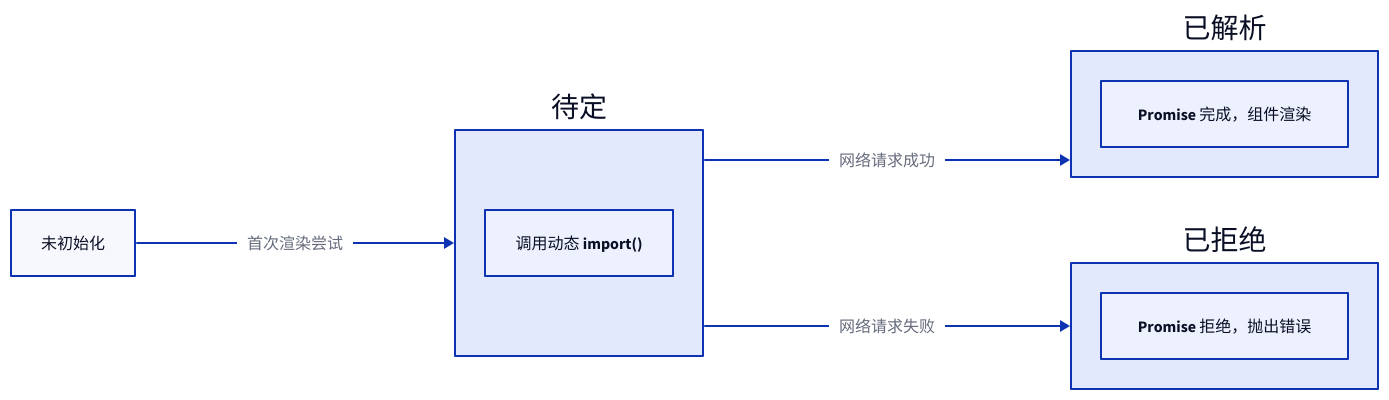
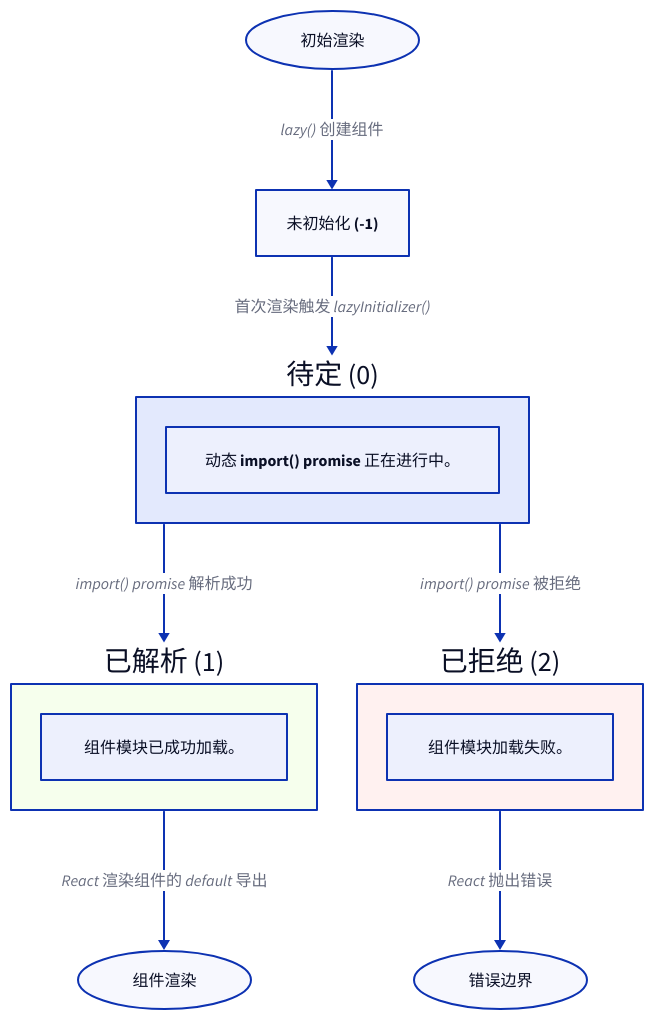
The diagram in packages/react/.aigne/doc-smith/docs/advanced-code-splitting.zh.md (lban2049/react), drawn with D2 before and after one commit. The commit also changed other lines of this file and 46 other files, not shown here.

````diff
--- a/packages/react/.aigne/doc-smith/docs/advanced-code-splitting.zh.md
+++ b/packages/react/.aigne/doc-smith/docs/advanced-code-splitting.zh.md
@@ -30,23 +47,48 @@
 ```d2
-direction: right
+direction: down
 
-Uninitialized: {
-  label: "未初始化"
-}
-Pending: {
-  label: "待定"
-  "调用动态 import()"
-}
-Resolved: {
-  label: "已解析"
-  "Promise 完成，组件渲染"
-}
-Rejected: {
-  label: "已拒绝"
-  "Promise 拒绝，抛出错误"
+"初始渲染": {
+  shape: oval
 }
 
-Uninitialized -> Pending: "首次渲染尝试"
-Pending -> Resolved: "网络请求成功"
-Pending -> Rejected: "网络请求失败"
+"未初始化": {
+  shape: rectangle
+  label: "未初始化 (-1)"
+}
+
+"待定": {
+  shape: rectangle
+  label: "待定 (0)"
+  "动态 import() promise 正在进行中。"
+}
+
+"已解析": {
+  shape: rectangle
+  label: "已解析 (1)"
+  style.fill: "#f6ffed"
+  "组件模块已成功加载。"
+}
+
+"已拒绝": {
+  shape: rectangle
+  label: "已拒绝 (2)"
+  style.fill: "#fff1f0"
+  "组件模块加载失败。"
+}
+
+"组件渲染": {
+  shape: oval
+}
+
+"错误边界": {
+  shape: oval
+}
+
+"初始渲染" -> "未初始化": "lazy() 创建组件"
+"未初始化" -> "待定": "首次渲染触发 lazyInitializer()"
+"待定" -> "已解析": "import() promise 解析成功"
+"待定" -> "已拒绝": "import() promise 被拒绝"
+"已解析" -> "组件渲染": "React 渲染组件的 default 导出"
+"已拒绝" -> "错误边界": "React 抛出错误"
+
 ```
````
